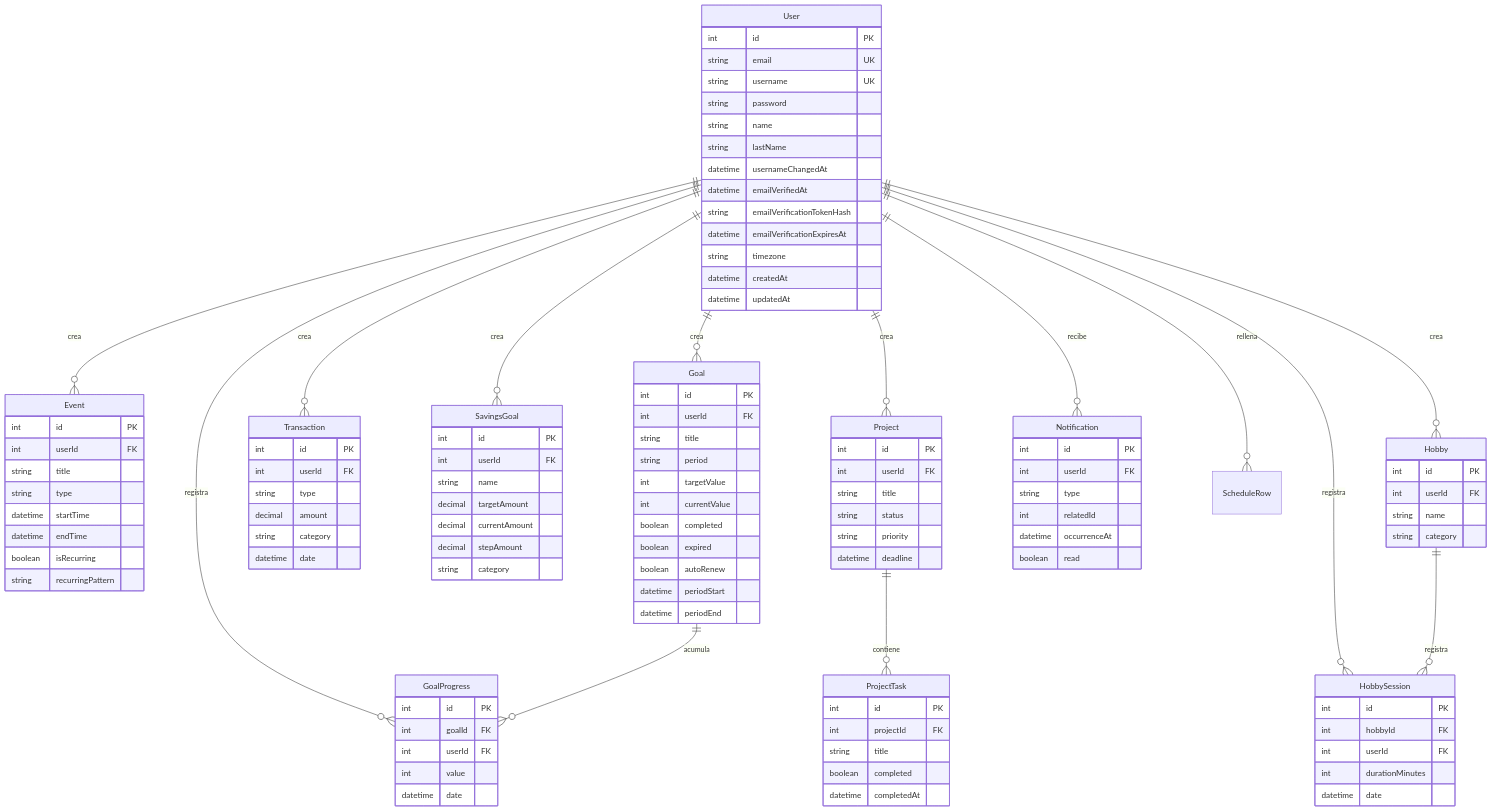
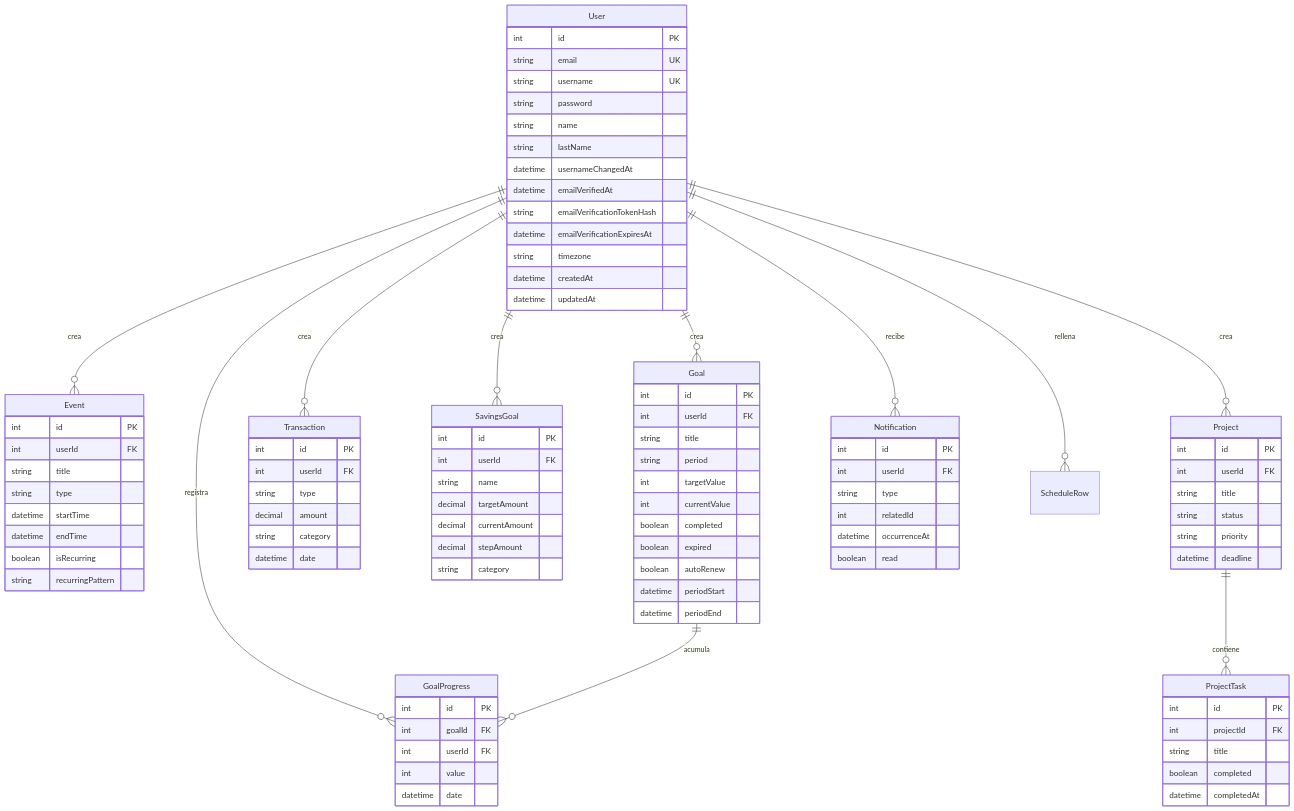
The diagram in DATABASE.md (PaulaDolado/Life-Organizer), drawn with Mermaid before and after one commit. The commit also changed other lines of this file and 34 other files, not shown here.

```diff
--- a/DATABASE.md
+++ b/DATABASE.md
@@ -14,13 +14,10 @@
     User ||--o{ Transaction : "crea"
     User ||--o{ SavingsGoal : "crea"
     User ||--o{ Project : "crea"
-    User ||--o{ Hobby : "crea"
-    User ||--o{ HobbySession : "registra"
     User ||--o{ Notification : "recibe"
     User ||--o{ ScheduleRow : "rellena"
     Goal ||--o{ GoalProgress : "acumula"
     Project ||--o{ ProjectTask : "contiene"
-    Hobby ||--o{ HobbySession : "registra"
 
     User {
         int id PK
@@ -99,19 +96,6 @@
         boolean completed
         datetime completedAt
     }
-    Hobby {
-        int id PK
-        int userId FK
-        string name
-        string category
-    }
-    HobbySession {
-        int id PK
-        int hobbyId FK
-        int userId FK
-        int durationMinutes
-        datetime date
-    }
     Notification {
         int id PK
         int userId FK
```
